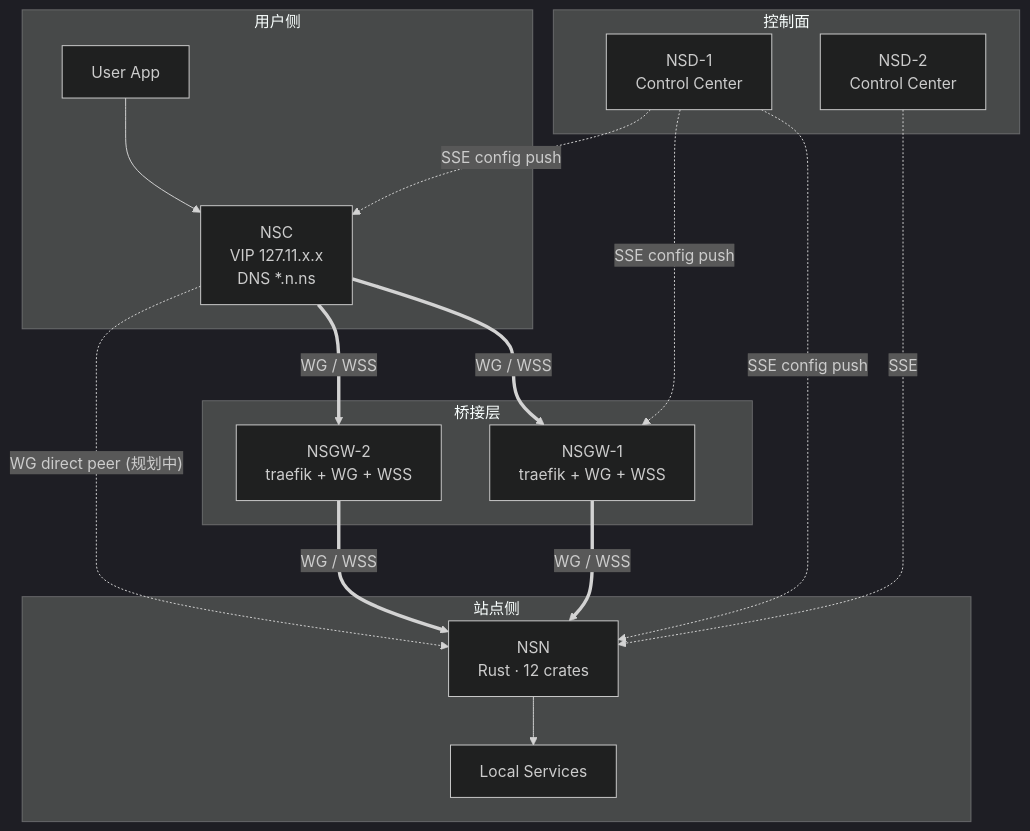
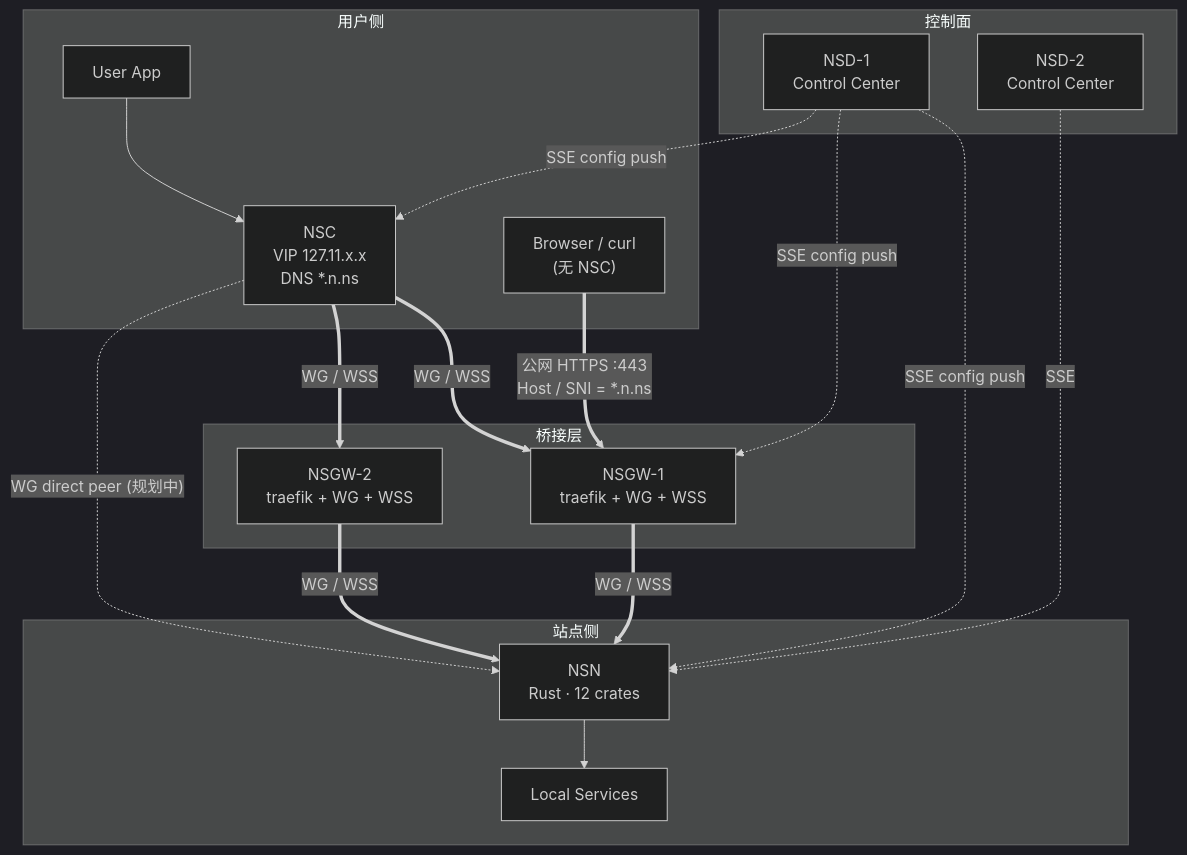
The diagram in docs/01-overview/index.md (nsiod/docs), drawn with Mermaid (dark theme) before and after one commit. The commit also changed other lines of this file and 2 other files, not shown here.

First line of the commit message:
docs(overview): add NSC-less HTTPS ingress path and fix NSD stack note

````diff
--- a/docs/01-overview/index.md
+++ b/docs/01-overview/index.md
@@ -22,35 +22,37 @@
 ```mermaid
 graph TB
     subgraph Control["控制面"]
         NSD1["NSD-1<br/>Control Center"]
         NSD2["NSD-2<br/>Control Center"]
     end
 
     subgraph Bridge["桥接层"]
         GW1["NSGW-1<br/>traefik + WG + WSS"]
         GW2["NSGW-2<br/>traefik + WG + WSS"]
     end
 
     subgraph Site["站点侧"]
         NSN["NSN<br/>Rust · 12 crates"]
         LOCAL["Local Services"]
     end
 
     subgraph User["用户侧"]
         NSC["NSC<br/>VIP 127.11.x.x<br/>DNS *.n.ns"]
         APP["User App"]
+        BROWSER["Browser / curl<br/>(无 NSC)"]
     end
 
     NSD1 -. "SSE config push" .-> NSN
     NSD1 -. "SSE config push" .-> GW1
     NSD1 -. "SSE config push" .-> NSC
     NSD2 -. "SSE" .-> NSN
 
     APP --> NSC
     NSC ==>|"WG / WSS"| GW1
     NSC ==>|"WG / WSS"| GW2
     GW1 ==>|"WG / WSS"| NSN
     GW2 ==>|"WG / WSS"| NSN
     NSC -. "WG direct peer (规划中)" .-> NSN
+    BROWSER ==>|"公网 HTTPS :443<br/>Host / SNI = *.n.ns"| GW1
     NSN --> LOCAL
 ```
````
